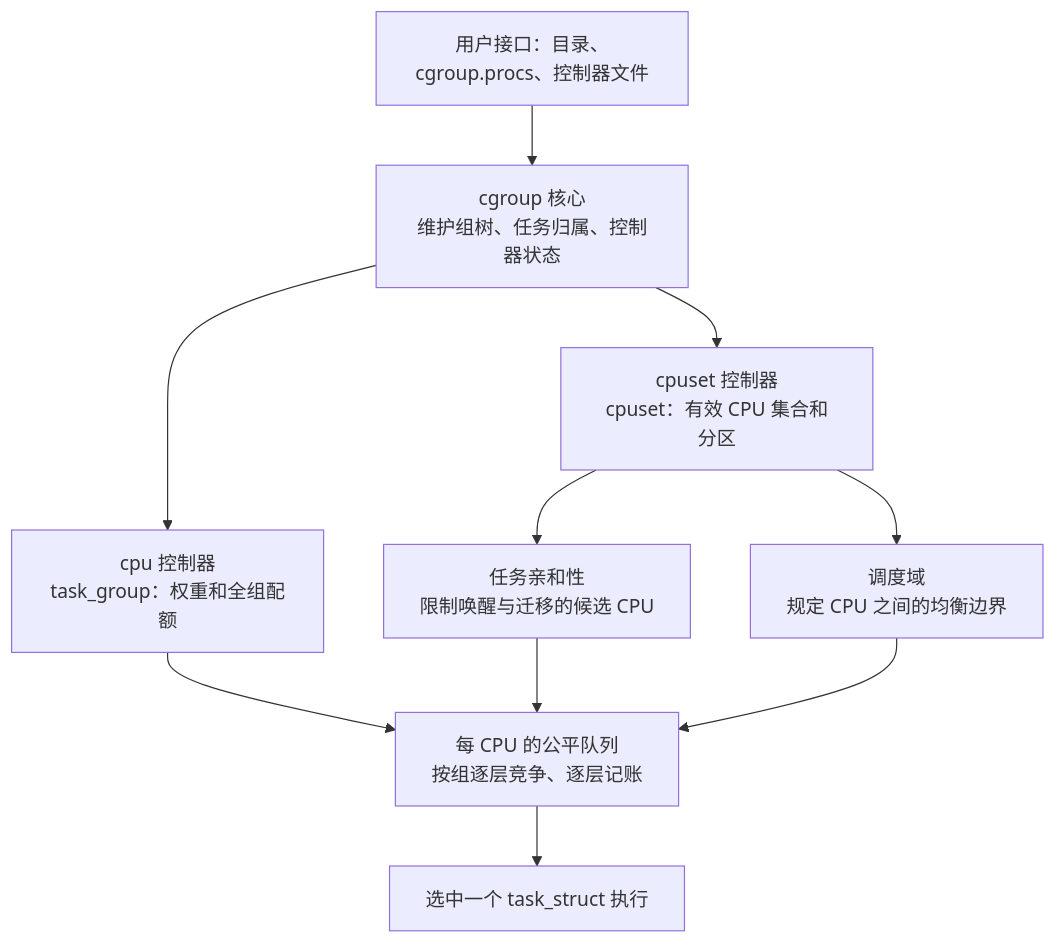
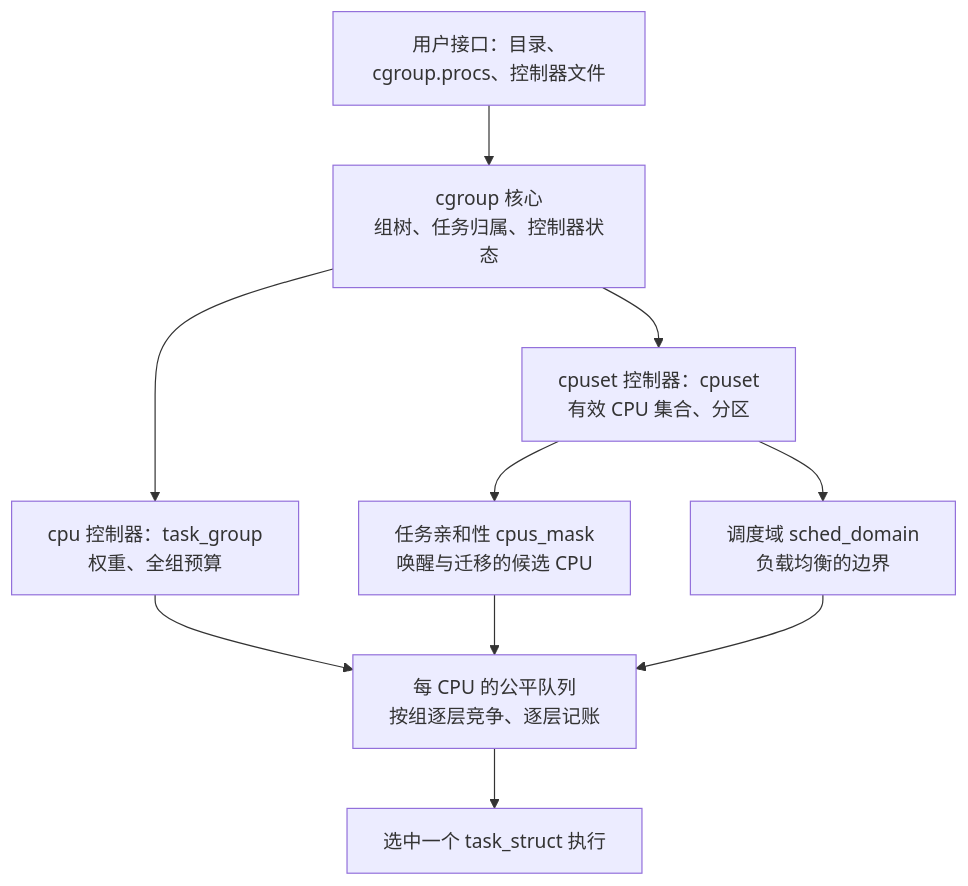
Before and after one commit to linuxperf/linux-study: the first of 7 diagrams in interview/sched/cgroup2.md, drawn with Mermaid. The commit also changed other lines of this file and 4 other files, not shown here.

````diff
--- a/interview/sched/cgroup2.md
+++ b/interview/sched/cgroup2.md
@@ -47,12 +35,12 @@
 ```mermaid
 flowchart TD
-    FILE["用户接口：目录、cgroup.procs、控制器文件"] --> CORE["cgroup 核心<br/>维护组树、任务归属、控制器状态"]
-    CORE --> CPU["cpu 控制器<br/>task_group：权重和全组配额"]
-    CORE --> SET["cpuset 控制器<br/>cpuset：有效 CPU 集合和分区"]
+    FILE["用户接口：目录、cgroup.procs、控制器文件"] --> CORE["cgroup 核心<br/>组树、任务归属、控制器状态"]
+    CORE --> CPU["cpu 控制器：task_group<br/>权重、全组预算"]
+    CORE --> SET["cpuset 控制器：cpuset<br/>有效 CPU 集合、分区"]
     CPU --> FAIR["每 CPU 的公平队列<br/>按组逐层竞争、逐层记账"]
-    SET --> AFF["任务亲和性<br/>限制唤醒与迁移的候选 CPU"]
-    SET --> DOM["调度域<br/>规定 CPU 之间的均衡边界"]
+    SET --> AFF["任务亲和性 cpus_mask<br/>唤醒与迁移的候选 CPU"]
+    SET --> DOM["调度域 sched_domain<br/>负载均衡的边界"]
     AFF --> FAIR
     DOM --> FAIR
     FAIR --> RUN["选中一个 task_struct 执行"]
 ```
````
